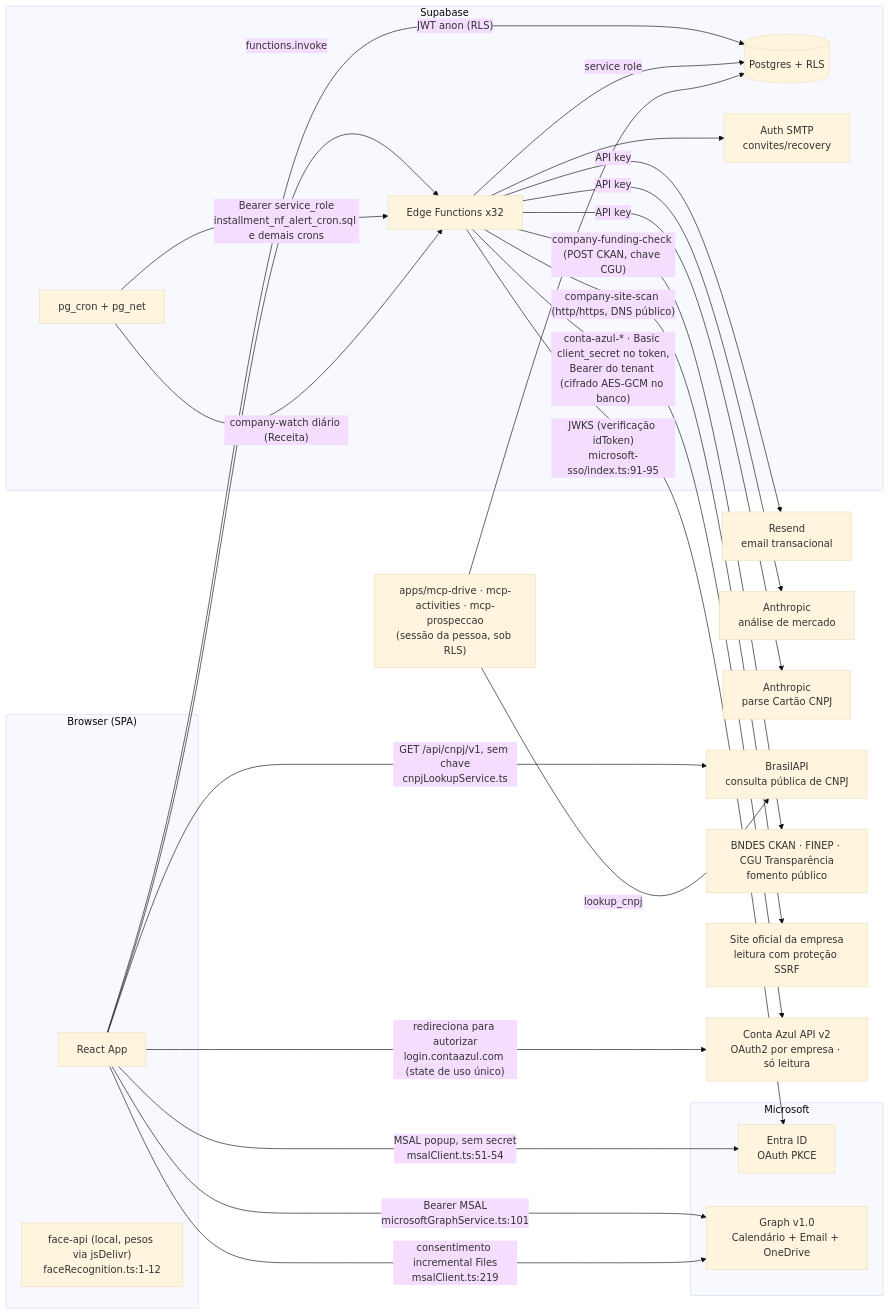
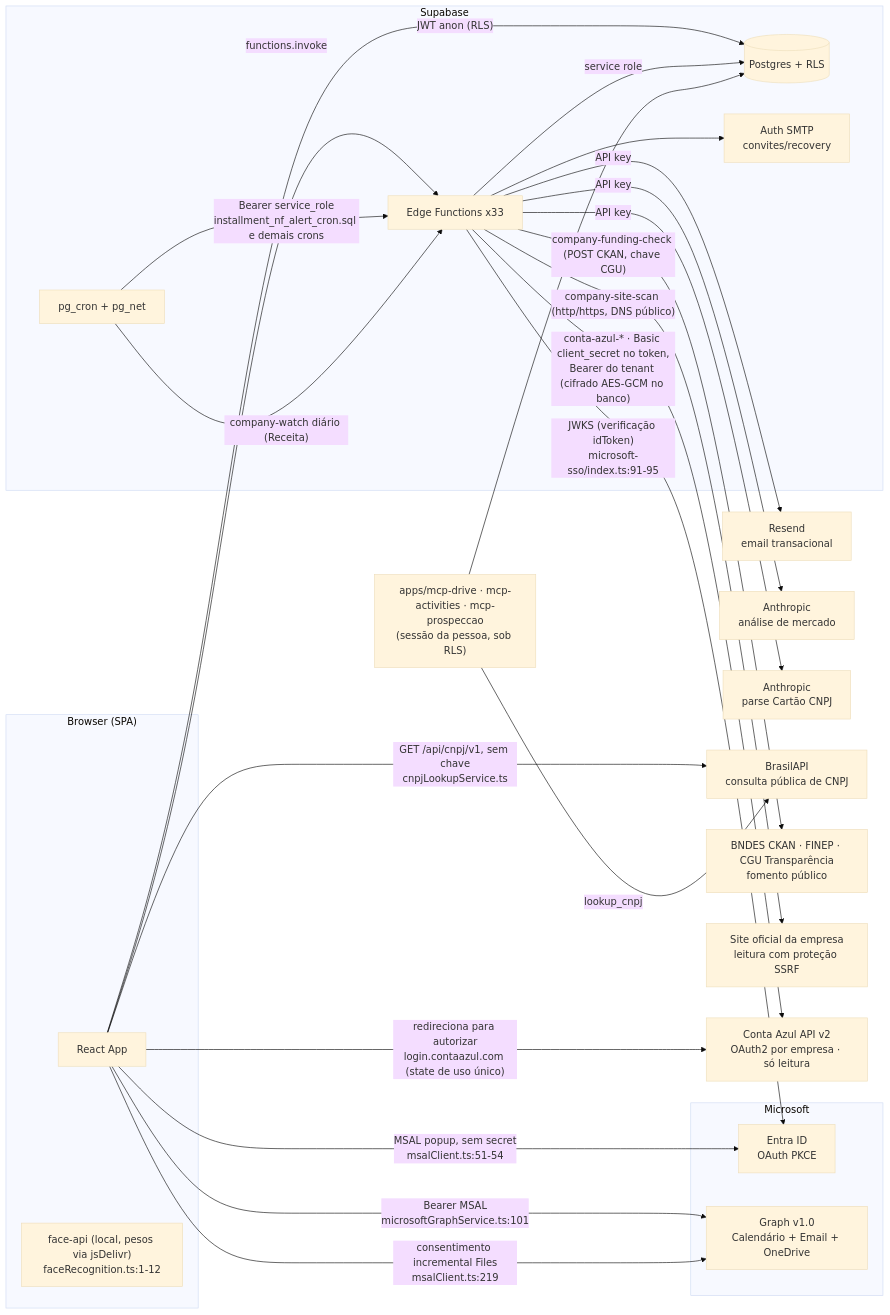
The diagram in .harness/docs/architecture/integrations.md (Origami-Lab-Organization/og-pulse), drawn with Mermaid (base theme) before and after one commit. The commit also changed other lines of this file and 17 other files, not shown here.

````diff
--- a/.harness/docs/architecture/integrations.md
+++ b/.harness/docs/architecture/integrations.md
@@ -37,48 +39,48 @@
 ```mermaid
 flowchart LR
     subgraph Browser["Browser (SPA)"]
         SPA[React App]
         FACE["face-api (local, pesos via jsDelivr)<br/>faceRecognition.ts:1-12"]
     end
 
     subgraph Supabase
         REST[(Postgres + RLS)]
-        EF[Edge Functions x32]
+        EF[Edge Functions x33]
         CRON[pg_cron + pg_net]
         SMTP[Auth SMTP<br/>convites/recovery]
     end
 
     subgraph Microsoft
         ENTRA[Entra ID<br/>OAuth PKCE]
         GRAPH[Graph v1.0<br/>Calendário + Email + OneDrive]
     end
 
     EXT1[Resend<br/>email transacional]
     EXT2[Anthropic<br/>análise de mercado]
     EXT3[Anthropic<br/>parse Cartão CNPJ]
     EXT4[BrasilAPI<br/>consulta pública de CNPJ]
     EXT5[BNDES CKAN · FINEP · CGU Transparência<br/>fomento público]
     EXT6[Site oficial da empresa<br/>leitura com proteção SSRF]
     EXT7[Conta Azul API v2<br/>OAuth2 por empresa · só leitura]
 
     SPA -->|"JWT anon (RLS)"| REST
     SPA -->|functions.invoke| EF
     SPA -->|"MSAL popup, sem secret<br/>msalClient.ts:51-54"| ENTRA
     SPA -->|"Bearer MSAL<br/>microsoftGraphService.ts:101"| GRAPH
     SPA -->|"consentimento incremental Files<br/>msalClient.ts:219"| GRAPH
     CRON -->|"Bearer service_role<br/>installment_nf_alert_cron.sql e demais crons"| EF
     EF -->|service role| REST
     EF -->|"JWKS (verificação idToken)<br/>microsoft-sso/index.ts:91-95"| ENTRA
     EF -->|API key| EXT1
     EF -->|API key| EXT2
     EF -->|API key| EXT3
     EF --> SMTP
     EF -->|"company-funding-check (POST CKAN, chave CGU)"| EXT5
     EF -->|"company-site-scan (http/https, DNS público)"| EXT6
     SPA -->|"redireciona para autorizar<br/>login.contaazul.com (state de uso único)"| EXT7
     EF -->|"conta-azul-* · Basic client_secret no token,<br/>Bearer do tenant (cifrado AES-GCM no banco)"| EXT7
     CRON -->|"company-watch diário (Receita)"| EF
     SPA -->|"GET /api/cnpj/v1, sem chave<br/>cnpjLookupService.ts"| EXT4
     MCP["apps/mcp-drive · mcp-activities · mcp-prospeccao<br/>(sessão da pessoa, sob RLS)"] --> REST
     MCP -->|"lookup_cnpj"| EXT4
 ```
````
